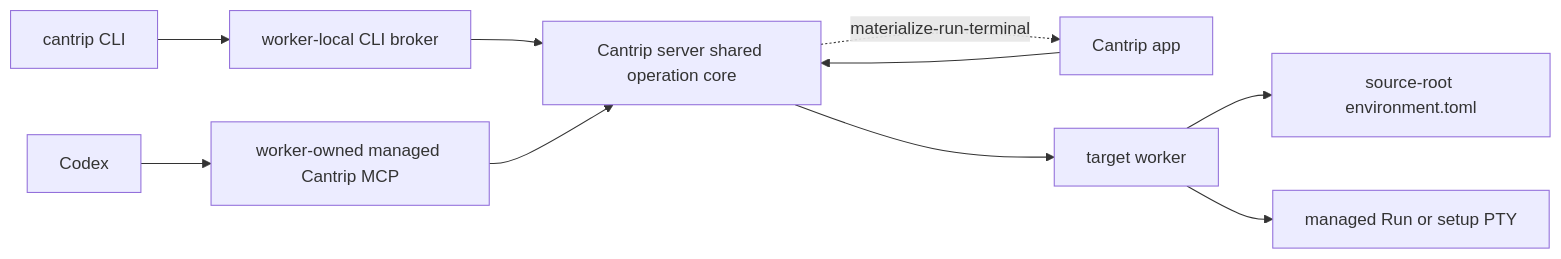
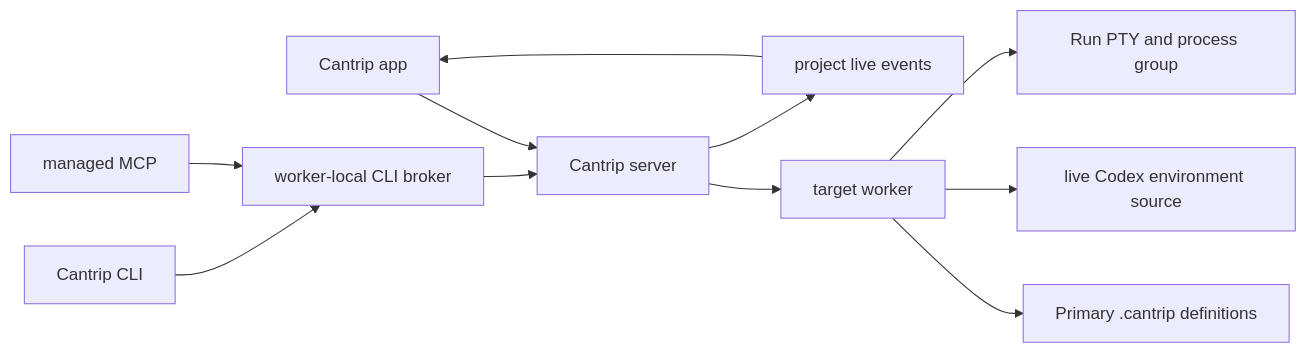
Before and after one commit to ArcaneArts/Cantrip: the diagram in docs/RUN_CONFIGURATIONS.md, drawn with Mermaid. The commit also changed other lines of this file, not shown here.

Commit message:
docs: plan run configuration overhaul

````diff
--- a/docs/RUN_CONFIGURATIONS.md
+++ b/docs/RUN_CONFIGURATIONS.md
@@ -100,12 +435,13 @@
 ```mermaid
 flowchart LR
-    CLI["cantrip CLI"] --> CB["worker-local CLI broker"]
-    CODEX["Codex"] --> MCP["worker-owned managed Cantrip MCP"]
-    APP["Cantrip app"] --> SERVER["Cantrip server shared operation core"]
-    CB --> SERVER
-    MCP --> SERVER
+    APP["Cantrip app"] --> SERVER["Cantrip server"]
+    CLI["Cantrip CLI"] --> BROKER["worker-local CLI broker"]
+    MCP["managed MCP"] --> BROKER
+    BROKER --> SERVER
     SERVER --> WORKER["target worker"]
-    WORKER --> FILE["source-root environment.toml"]
-    WORKER --> PTY["managed Run or setup PTY"]
-    SERVER -. "materialize-run-terminal" .-> APP
+    WORKER --> CONFIG["Primary .cantrip definitions"]
+    WORKER --> ENV["live Codex environment source"]
+    WORKER --> PTY["Run PTY and process group"]
+    SERVER --> LIVE["project live events"]
+    LIVE --> APP
 ```
````
